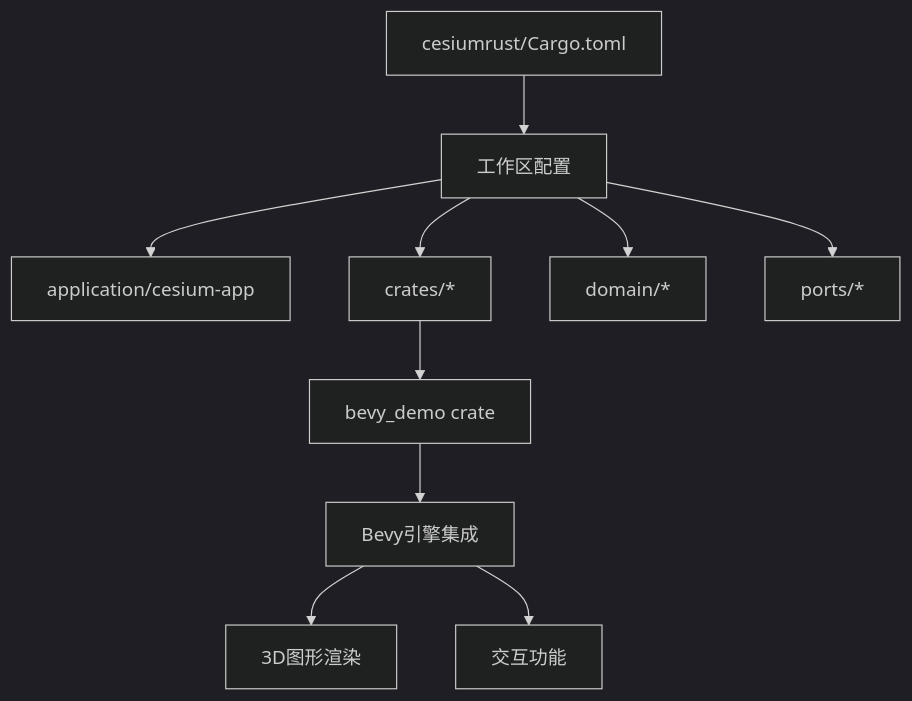
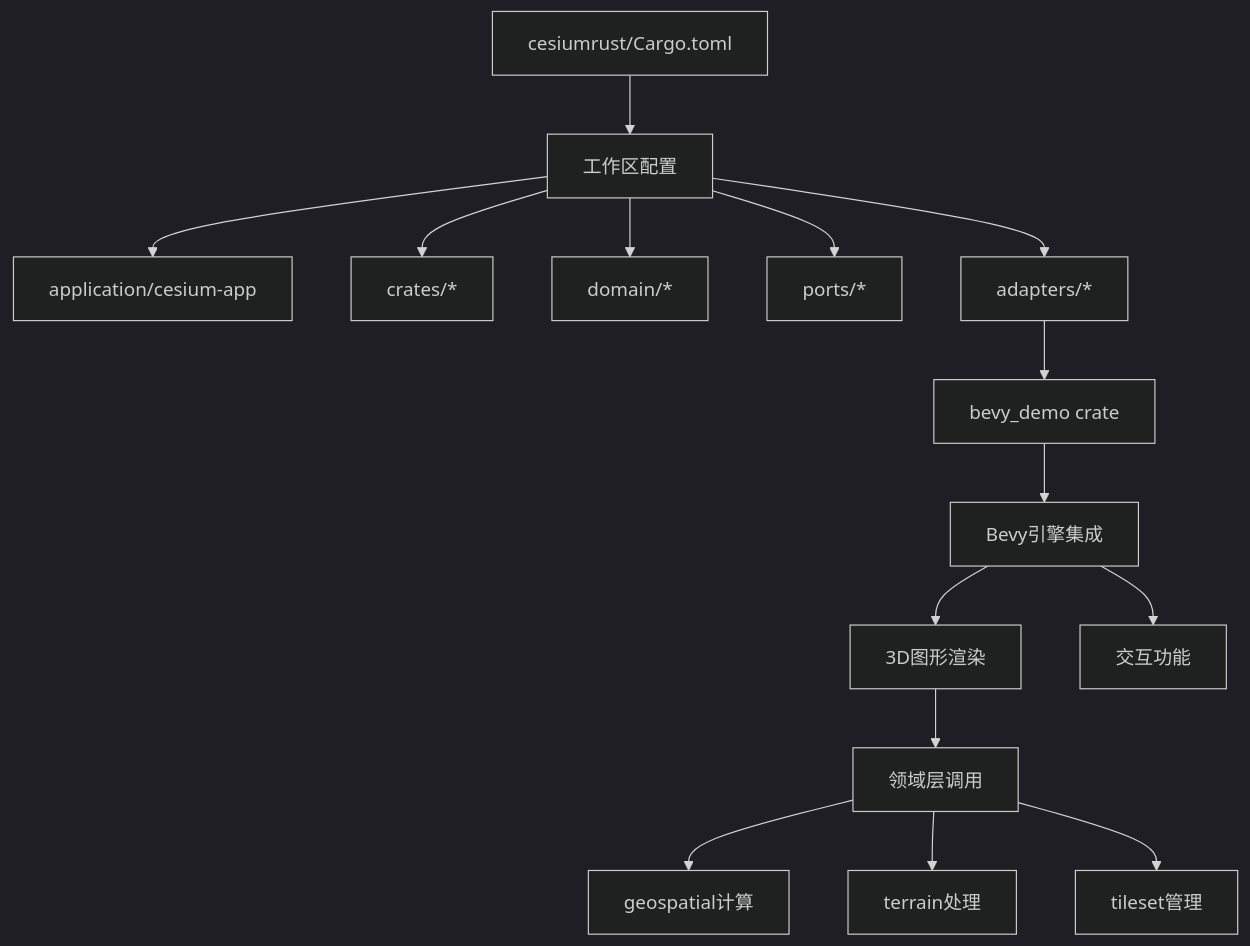
The sixth of 7 diagrams in .qoder/repowiki/zh/content/构建与部署/构建系统配置/构建系统配置.md (rzhangjing/cesium), drawn with Mermaid (dark theme) before and after one commit. The commit also changed other lines of this file and 92 other files, not shown here.

````diff
--- a/.qoder/repowiki/zh/content/构建与部署/构建系统配置/构建系统配置.md
+++ b/.qoder/repowiki/zh/content/构建与部署/构建系统配置/构建系统配置.md
@@ -249,12 +333,17 @@
 ```mermaid
 graph TB
 A["cesiumrust/Cargo.toml"] --> B["工作区配置"]
 B --> C["application/cesium-app"]
 B --> D["crates/*"]
 B --> E["domain/*"]
 B --> F["ports/*"]
-D --> G["bevy_demo crate"]
-G --> H["Bevy引擎集成"]
-H --> I["3D图形渲染"]
-H --> J["交互功能"]
+B --> G["adapters/*"]
+G --> H["bevy_demo crate"]
+H --> I["Bevy引擎集成"]
+I --> J["3D图形渲染"]
+I --> K["交互功能"]
+J --> L["领域层调用"]
+L --> M["geospatial计算"]
+L --> N["terrain处理"]
+L --> O["tileset管理"]
 ```
````
